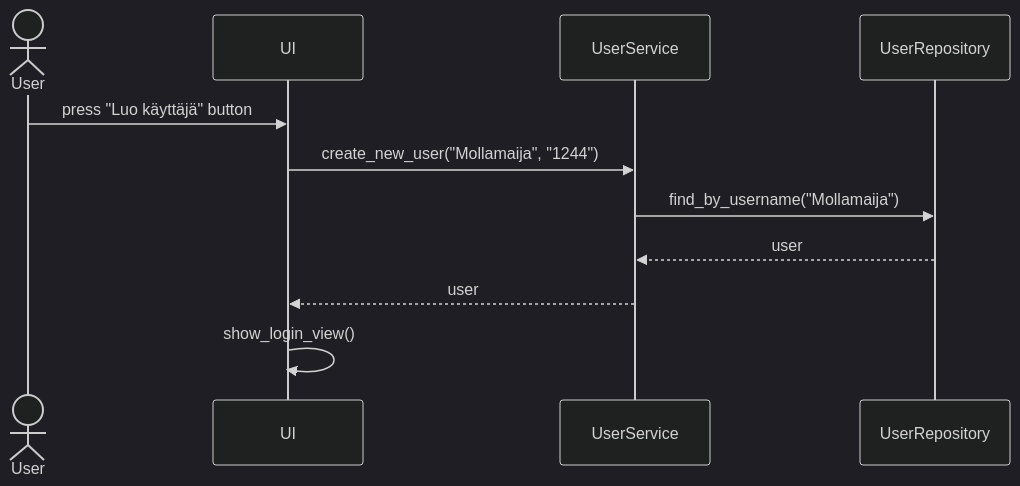
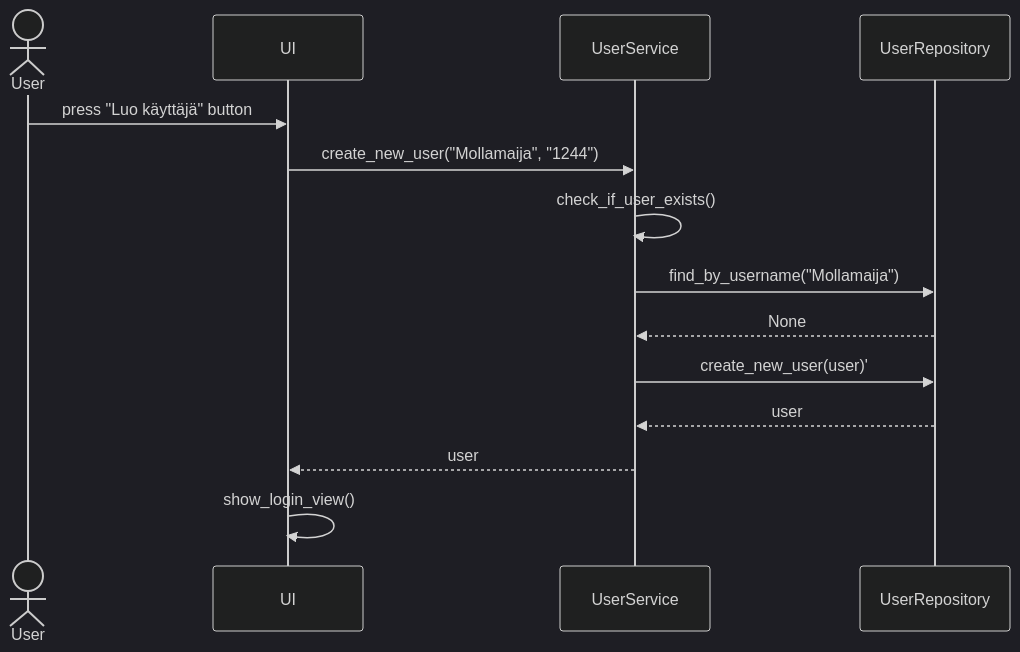
Before and after one commit to brotholi/ot-harjoitustyo: the fourth of 6 diagrams in dokumentaatio/arkkitehtuuri.md, drawn with Mermaid (dark theme).

````diff
--- a/dokumentaatio/arkkitehtuuri.md
+++ b/dokumentaatio/arkkitehtuuri.md
@@ -74,13 +74,16 @@
 ```mermaid
 sequenceDiagram
   actor User
   participant UI
   participant UserService
   participant UserRepository
   User->>UI: press "Luo käyttäjä" button
   UI->>UserService: create_new_user("Mollamaija", "1244")
+  UserService->>UserService: check_if_user_exists()
   UserService->>UserRepository: find_by_username("Mollamaija")
+  UserRepository-->>UserService: None
+  UserService->>UserRepository: create_new_user(user)'
   UserRepository-->>UserService: user
   UserService-->>UI: user
   UI->>UI: show_login_view()
  ```
````
